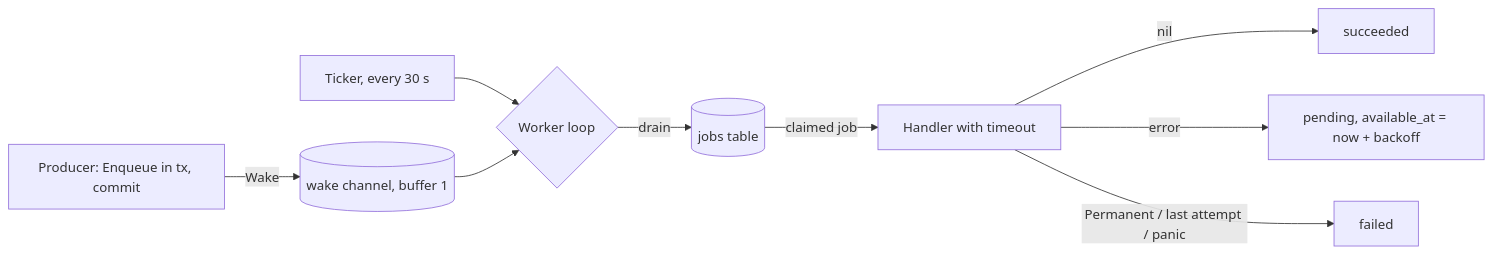
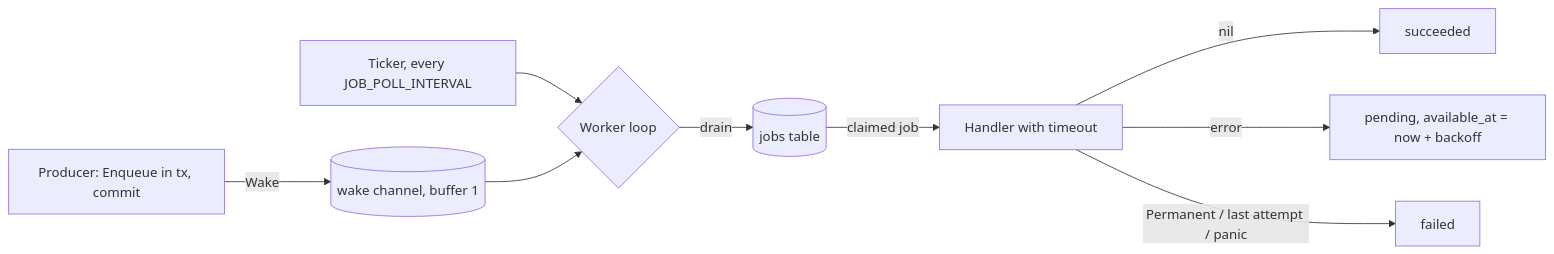
Before and after one commit to Uniezz/uniezz-backend: the diagram in docs/jobs.md, drawn with Mermaid. The commit also changed other lines of this file and 25 other files, not shown here.

````diff
--- a/docs/jobs.md
+++ b/docs/jobs.md
@@ -52,11 +62,11 @@
 ```mermaid
 flowchart LR
     P[Producer: Enqueue in tx, commit] -- Wake --> C[(wake channel, buffer 1)]
-    T[Ticker, every 30 s] --> L
+    T[Ticker, every JOB_POLL_INTERVAL] --> L
     C --> L{Worker loop}
     L -- drain --> Q[(jobs table)]
     Q -- claimed job --> H[Handler with timeout]
     H -- nil --> OK[succeeded]
     H -- error --> R[pending, available_at = now + backoff]
     H -- Permanent / last attempt / panic --> F[failed]
 ```
````
